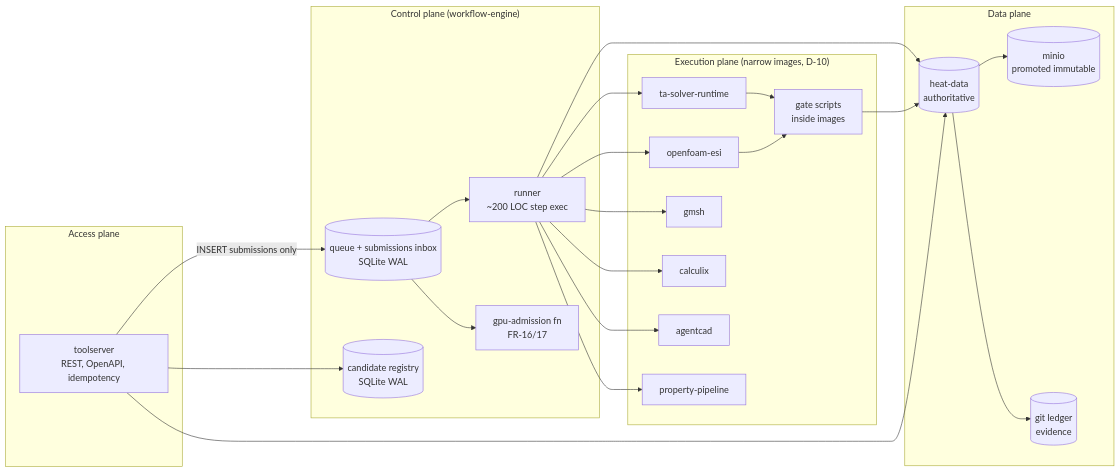
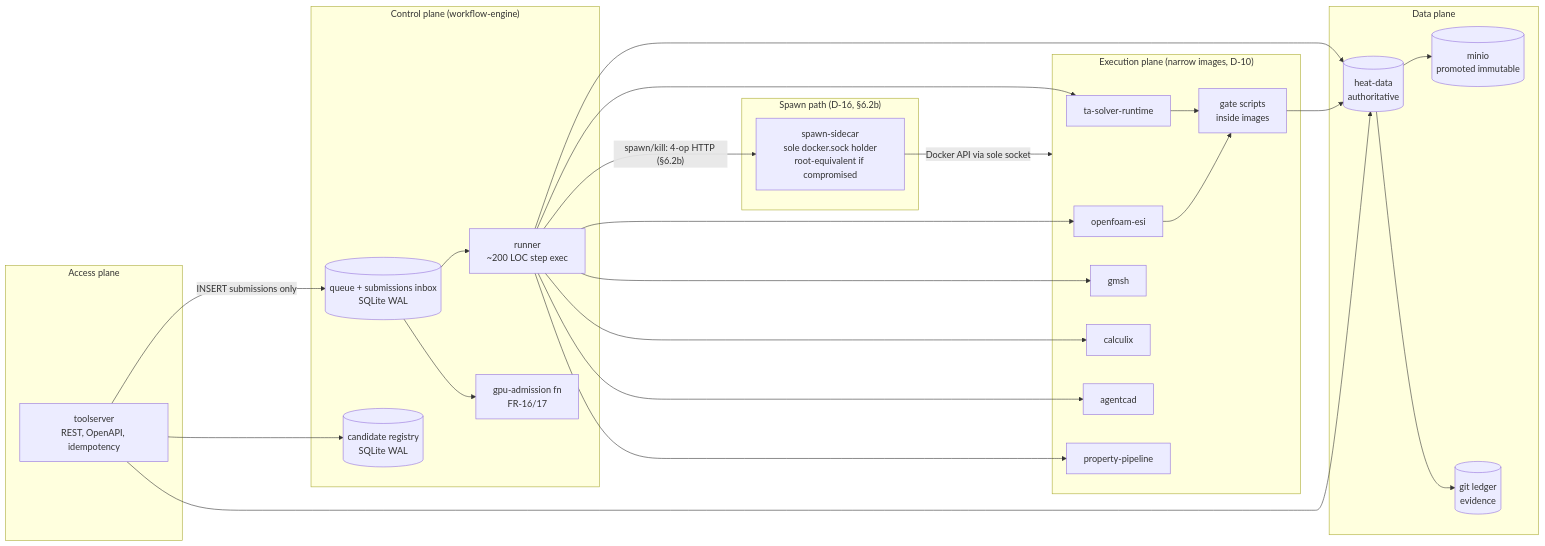
Before and after one commit to jstevenjacobs/HE-toolstack: the second of 9 diagrams in docs/HE-TOOLSTACK-TECHNICAL-DESIGN.md, drawn with Mermaid. The commit also changed other lines of this file and 3 other files, not shown here.

Commit message:
dp(R5-walk2): walk closed — spot-checks M2/M9 MATCH at 5a24b0c; transcript approved (subject to M2 re-walk; NOT deployment-readiness); M2 label-level fixes: D2 spawn-path subgraph (sole-holder + root-equiv), D3 caveat label; gates 27/0

````diff
--- a/docs/HE-TOOLSTACK-TECHNICAL-DESIGN.md
+++ b/docs/HE-TOOLSTACK-TECHNICAL-DESIGN.md
@@ -262,32 +262,37 @@
 ```mermaid
 graph LR
     subgraph Access["Access plane"]
         TS[toolserver<br/>REST, OpenAPI, idempotency]
     end
     subgraph Control["Control plane (workflow-engine)"]
         Q[(queue + submissions inbox<br/>SQLite WAL)]
         R[(candidate registry<br/>SQLite WAL)]
         RU[runner<br/>~200 LOC step exec]
         ADM[gpu-admission fn<br/>FR-16/17]
     end
     subgraph Exec["Execution plane (narrow images, D-10)"]
         I1[ta-solver-runtime]
         I2[openfoam-esi]
         I3[gmsh]
         I4[calculix]
         I5[agentcad]
         I6[property-pipeline]
         PG[gate scripts<br/>inside images]
     end
+    subgraph Spawn["Spawn path (D-16, §6.2b)"]
+        SC[spawn-sidecar<br/>sole docker.sock holder<br/>root-equivalent if compromised]
+    end
     subgraph Data["Data plane"]
         HD[(heat-data<br/>authoritative)]
         MI[(minio<br/>promoted immutable)]
         GI[(git ledger<br/>evidence)]
     end
     TS -->|INSERT submissions only| Q; TS --> R
     Q --> ADM; Q --> RU
+    RU -->|"spawn/kill: 4-op HTTP (§6.2b)"| SC
+    SC -->|"Docker API via sole socket"| Exec
     RU --> I1 & I2 & I3 & I4 & I5 & I6
     I1 & I2 --> PG
     RU --> HD; PG --> HD; TS --> HD
     HD --> MI; HD --> GI
 ```
````
